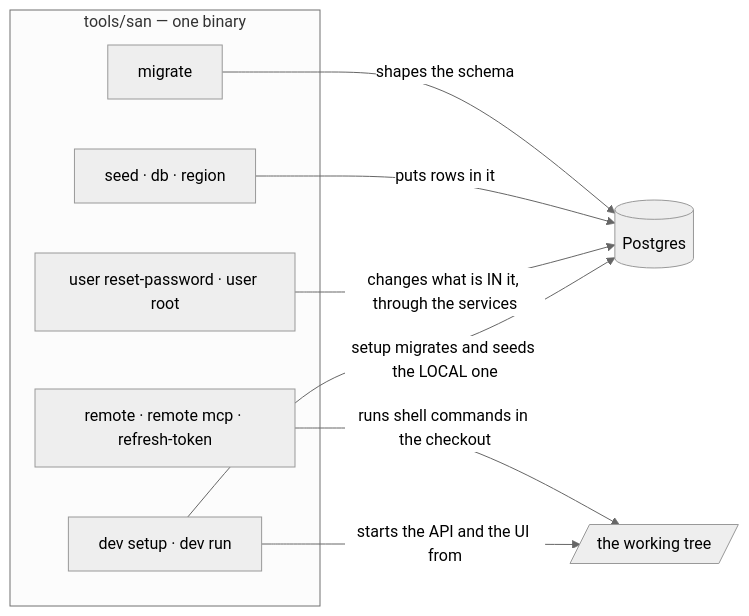
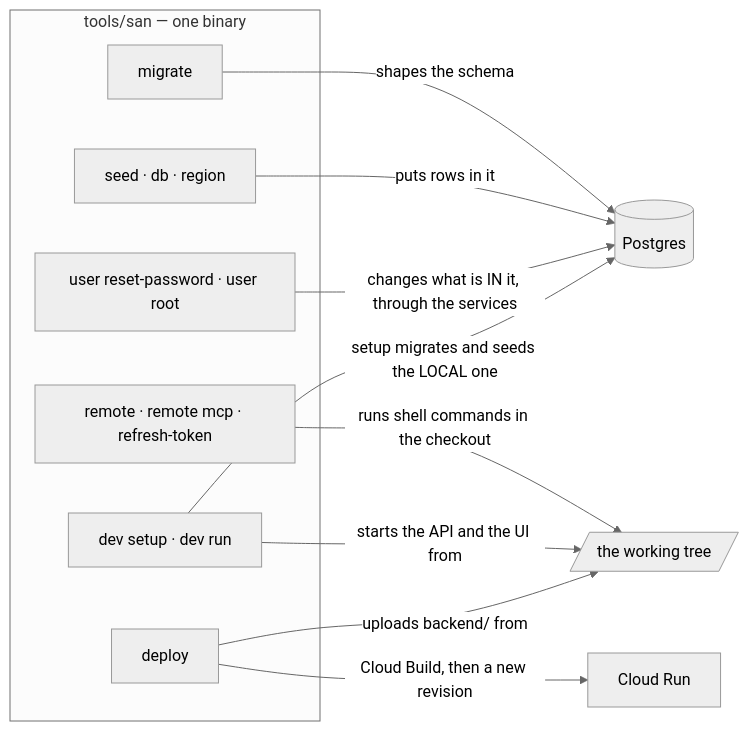
One commit to pdcgo/warehouse_revamp changed the first of 18 diagrams in docs/tools/san.md. Above: the diagram before and after it, drawn with Mermaid (neutral theme). The commit also changed other lines of this file and 15 other files, not shown here.

First line of the commit message:
feat(san): san deploy ships shipment_service to Cloud Run

````diff
--- a/docs/tools/san.md
+++ b/docs/tools/san.md
@@ -29,16 +30,19 @@
 ```mermaid
 flowchart LR
     subgraph san["tools/san — one binary"]
         M["migrate"]
         S["seed · db · region"]
         U["user reset-password · user root"]
         R["remote · remote mcp · refresh-token"]
         V["dev setup · dev run"]
+        D["deploy"]
     end
     M -->|"shapes the schema"| DB[(Postgres)]
     S -->|"puts rows in it"| DB
     U -->|"changes what is IN it, through the services"| DB
     R -->|"runs shell commands in the checkout"| WS[/"the working tree"/]
     V -->|"starts the API and the UI from"| WS
     V -->|"setup migrates and seeds the LOCAL one"| DB
+    D -->|"uploads backend/ from"| WS
+    D -->|"Cloud Build, then a new revision"| CR["Cloud Run"]
 ```
````
